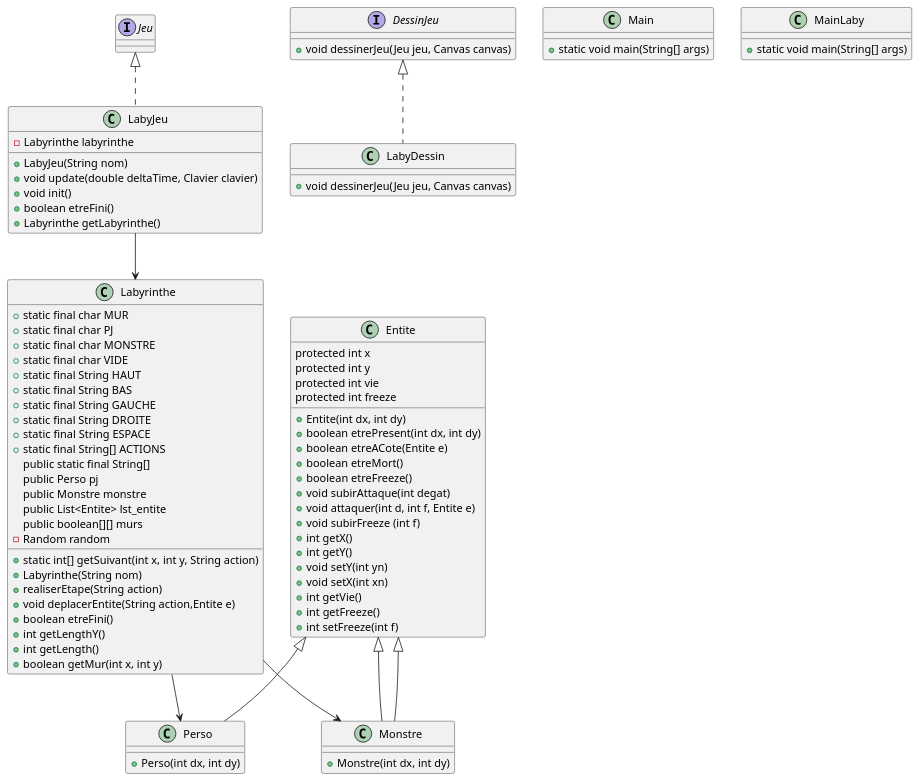
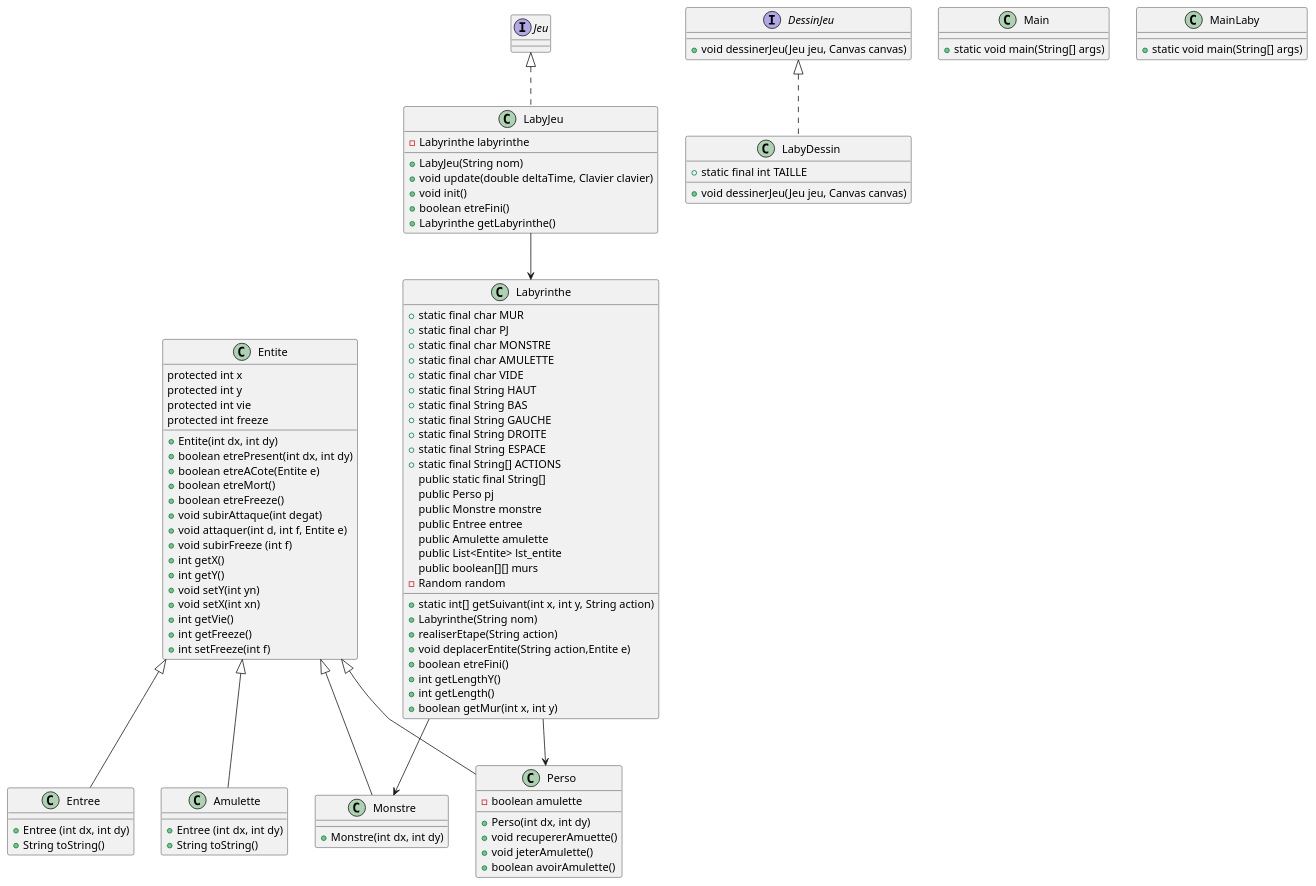
One commit to Maev975/Jeu_Zeldiablo changed the diagram in zeldiablo/src/gameLaby/laby/Diagramme.puml. Above: the diagram before and after it, drawn with PlantUML.

```diff
--- a/zeldiablo/src/gameLaby/laby/Diagramme.puml
+++ b/zeldiablo/src/gameLaby/laby/Diagramme.puml
@@ -1,142 +1,170 @@
 @startuml
+
+
+class Entree {
+    +Entree (int dx, int dy)
+    +String toString()
+}
+
 
 class Entite {
     protected int x
     protected int y
     protected int vie
     protected int freeze
     + Entite(int dx, int dy)
     + boolean etrePresent(int dx, int dy)
     + boolean etreACote(Entite e)
     + boolean etreMort()
     + boolean etreFreeze()
     + void subirAttaque(int degat)
     + void attaquer(int d, int f, Entite e)
     + void subirFreeze (int f)
     + int getX()
     + int getY()
     + void setY(int yn)
     + void setX(int xn)
     + int getVie()
     + int getFreeze()
     + int setFreeze(int f)
 }
 
 class LabyDessin implements DessinJeu {
+    + static final int TAILLE
     + void dessinerJeu(Jeu jeu, Canvas canvas)
 }
 
 class LabyJeu implements Jeu {
     - Labyrinthe labyrinthe
     + LabyJeu(String nom)
     + void update(double deltaTime, Clavier clavier)
     + void init()
     + boolean etreFini()
     + Labyrinthe getLabyrinthe()
 }
 
 class Main {
     + static void main(String[] args)
 }
 
 class Labyrinthe {
     + static final char MUR
     + static final char PJ
     + static final char MONSTRE
+    + static final char AMULETTE
     + static final char VIDE
     + static final String HAUT
     + static final String BAS
     + static final String GAUCHE
     + static final String DROITE
     + static final String ESPACE
     + static final String[] ACTIONS
     public static final String[]
     public Perso pj
     public Monstre monstre
+    public Entree entree
+    public Amulette amulette
     public List<Entite> lst_entite
     public boolean[][] murs
     - Random random
     + static int[] getSuivant(int x, int y, String action)
     + Labyrinthe(String nom)
     + realiserEtape(String action)
     + void deplacerEntite(String action,Entite e)
     + boolean etreFini()
     + int getLengthY()
     + int getLength()
     + boolean getMur(int x, int y)
 }
 
 class MainLaby {
     + static void main(String[] args)
 }
 
-class Monstre extends Entite {
+class Monstre {
     + Monstre(int dx, int dy)
 }
 
 class Perso {
+    -boolean amulette
     + Perso(int dx, int dy)
+    +void recupererAmuette()
+    +void jeterAmulette()
+    +boolean avoirAmulette()
 }
 
 'class Clavier {
 '    public boolean haut
 '    public boolean bas
 '    public boolean gauche
 '    public boolean droite
 '    public boolean espace
+'    public boolean hautAppuye
+'    public boolean basAppuye
+'    public boolean gaucheAppuye
+'    public boolean droiteAppuye
+'    public boolean espaceAppuye
 '    + void appuyerTouche(KeyEvent event)
 '    + void relacherTouche(KeyEvent event)
 '}
 
 interface DessinJeu {
     + void dessinerJeu(Jeu jeu, Canvas canvas)
 }
 
 'class FrameStats {
 '    private long frameCount
 '    private double meanFrameInterval
 '    private final ReadOnlyStringWrapper text
 '    + long getFrameCount()
 '    + double getMeanFrameInterval()
 '    + void addFrame(long frameDurationNanos)
 '    + String getText()
 '    + ReadOnlyStringProperty textProperty()
 '    + String toString()
 '}
 
 'interface Jeu {
 '    + void update(double secondes, Clavier clavier)
 '    + void init()
 '    + boolean etreFini()
 '}
 
 'class MoteurJeu {
 '    private static double FPS
 '    private static double dureeFPS
 '    private static double WIDTH
 '    private static double HEIGHT
 '    private final FrameStats frameStats
 '    private static Jeu jeu
 '    private static DessinJeu dessin
 '    Clavier controle
 '    + static void launch(Jeu jeu, DessinJeu dessin)
 '    + static void setFPS(int FPSSouhaitees)
 '    + static void setTaille(double width, double height)
 '    + void start(Stage primaryStage)
 '    - void startAnimation(Canvas canvas)
 '}
 
+class Amulette{
+ +Entree (int dx, int dy)
+ +String toString()
+
+}
+
 Entite <|-- Monstre
-Entite <|- Perso
+Entite <|-- Perso
+Entite <|-- Entree
+Entite <|-- Amulette
 LabyJeu --> Labyrinthe
 Labyrinthe --> Perso
 Labyrinthe --> Monstre
 'DessinJeu <|.. LabyDessin
 'Jeu <|.. LabyJeu
 'LabyJeu --> Clavier
 'MoteurJeu --> FrameStats
 'MoteurJeu --> Clavier
 'MoteurJeu --> Jeu
 'MoteurJeu --> DessinJeu
 
 @enduml
```
